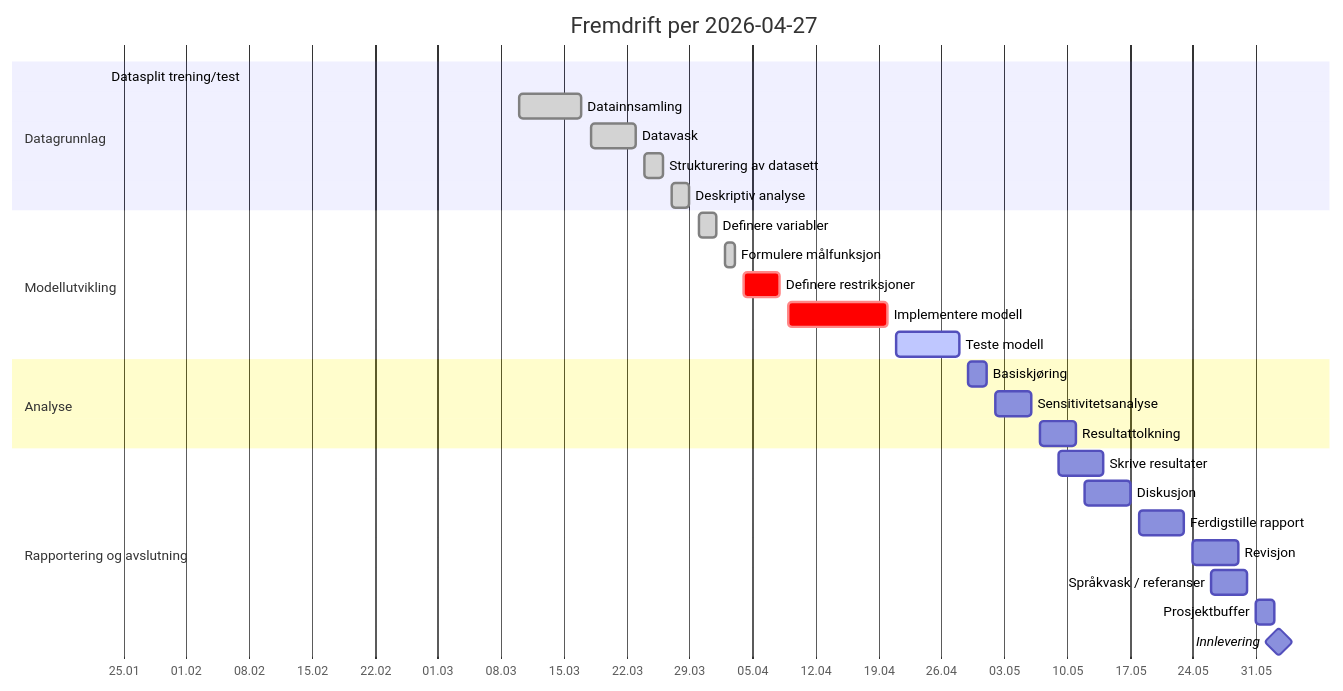
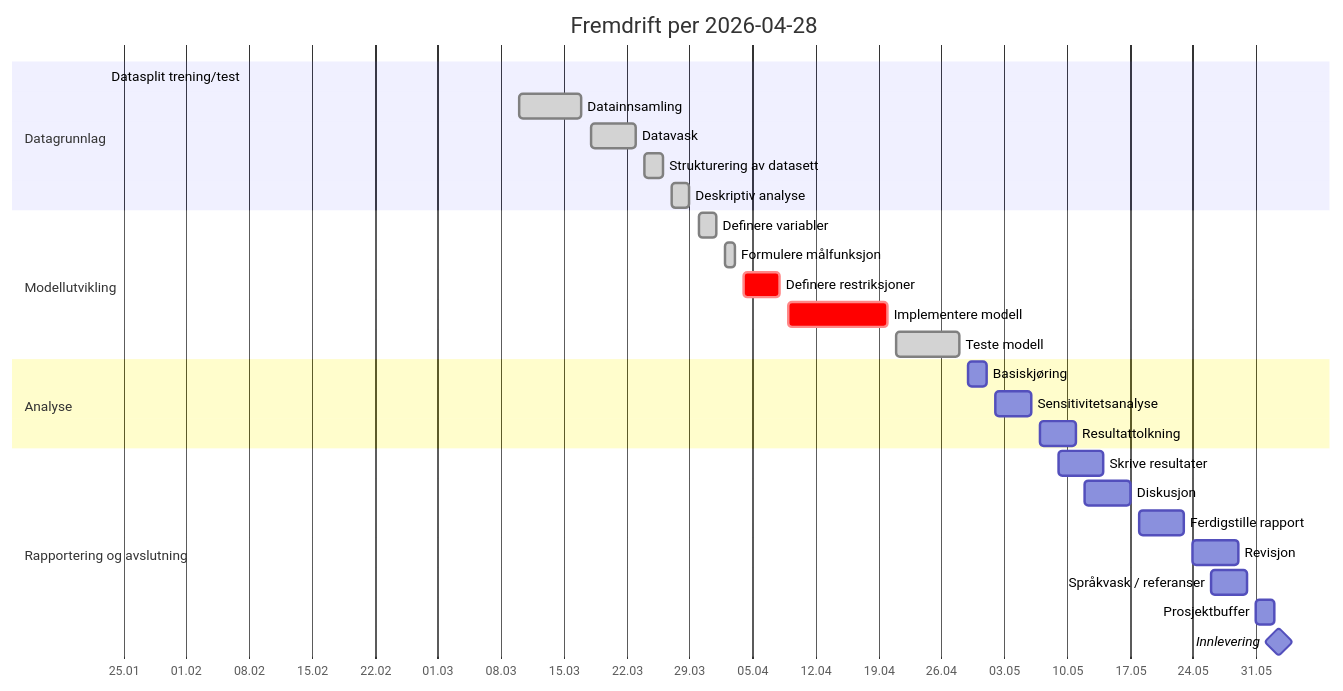
The diagram in 012 fase 2 - plan/status.md (LOG650/G21-sespamalstreken-chablis), drawn with Mermaid before and after one commit. The commit also changed other lines of this file and 4 other files, not shown here.

````diff
--- a/012 fase 2 - plan/status.md
+++ b/012 fase 2 - plan/status.md
@@ -130,34 +131,34 @@
 ```mermaid
 gantt
-    title Fremdrift per 2026-04-27
+    title Fremdrift per 2026-04-28
     dateFormat  YYYY-MM-DD
     axisFormat  %d.%m
 
     section Datagrunnlag
     Datasplit trening/test        :done, a0, 2026-01-23, 2026-01-23
     Datainnsamling                 :done, a1, 2026-03-10, 2026-03-17
     Datavask                       :done, a2, 2026-03-18, 2026-03-23
     Strukturering av datasett      :done, a3, 2026-03-24, 2026-03-26
     Deskriptiv analyse             :done, a4, 2026-03-27, 2026-03-29
 
     section Modellutvikling
     Definere variabler             :done, b1, 2026-03-30, 2026-04-01
     Formulere målfunksjon          :done, b2, 2026-04-02, 2026-04-03
     Definere restriksjoner         :crit, b3, 2026-04-04, 2026-04-08
     Implementere modell            :crit, b4, 2026-04-09, 2026-04-20
-    Teste modell                   :active, b5, 2026-04-21, 2026-04-28
+    Teste modell                   :done, b5, 2026-04-21, 2026-04-28
 
     section Analyse
     Basiskjøring                   :c1, 2026-04-29, 2026-05-01
     Sensitivitetsanalyse           :c2, 2026-05-02, 2026-05-06
     Resultattolkning               :c3, 2026-05-07, 2026-05-11
 
     section Rapportering og avslutning
     Skrive resultater              :d1, 2026-05-09, 2026-05-14
     Diskusjon                      :d2, 2026-05-12, 2026-05-17
     Ferdigstille rapport           :d3, 2026-05-18, 2026-05-23
     Revisjon                       :d4, 2026-05-24, 2026-05-29
     Språkvask / referanser         :d5, 2026-05-26, 2026-05-30
     Prosjektbuffer                 :d6, 2026-05-31, 2026-06-02
     Innlevering                    :milestone, d7, 2026-06-02, 1d
 ```
````
